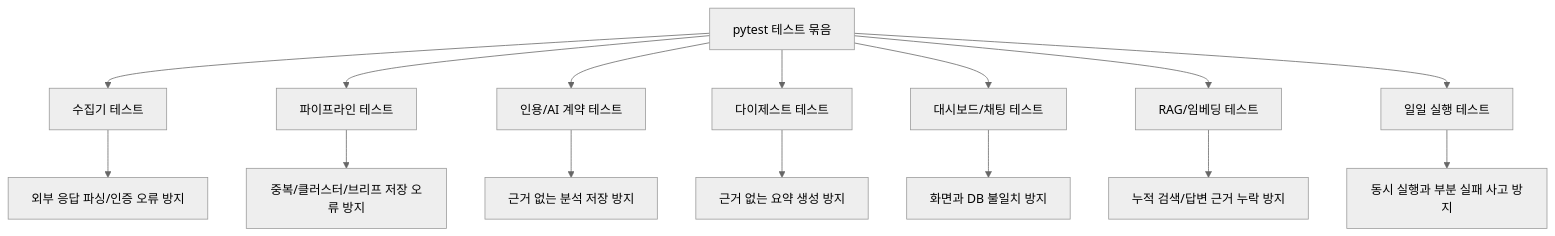
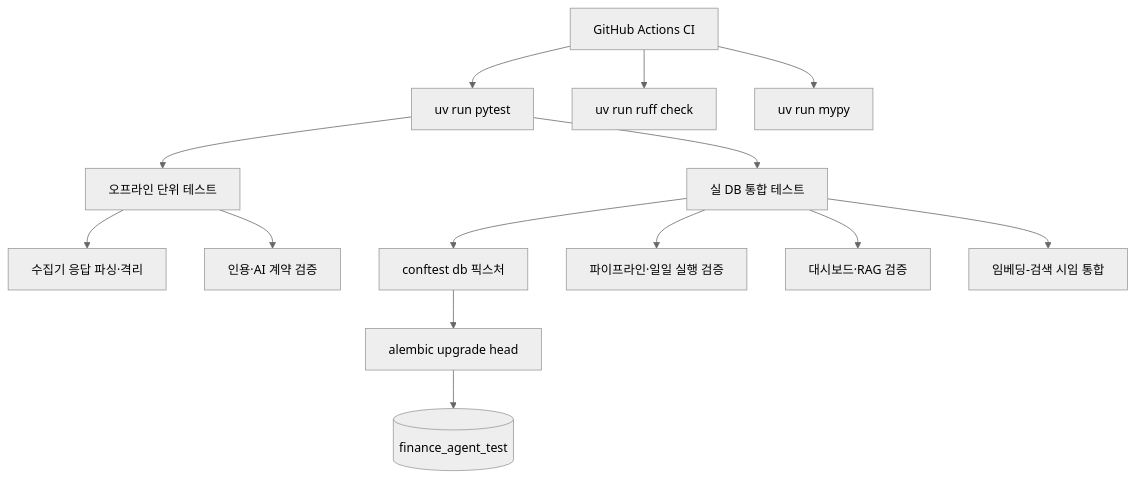
Before and after one commit to SJayKim/finance_agent: the diagram in docs/learnings/08-tests-and-quality-gates.md, drawn with Mermaid (neutral theme). The commit also changed other lines of this file and 10 other files, not shown here.

````diff
--- a/docs/learnings/08-tests-and-quality-gates.md
+++ b/docs/learnings/08-tests-and-quality-gates.md
@@ -21,18 +25,16 @@
 ```mermaid
 flowchart TD
-    Tests[pytest 테스트 묶음] --> Collectors[수집기 테스트]
-    Tests --> Pipeline[파이프라인 테스트]
-    Tests --> Citations[인용/AI 계약 테스트]
-    Tests --> Digest[다이제스트 테스트]
-    Tests --> Web[대시보드/채팅 테스트]
-    Tests --> Rag[RAG/임베딩 테스트]
-    Tests --> Runner[일일 실행 테스트]
-
-    Collectors --> Risk1[외부 응답 파싱/인증 오류 방지]
-    Pipeline --> Risk2[중복/클러스터/브리프 저장 오류 방지]
-    Citations --> Risk3[근거 없는 분석 저장 방지]
-    Digest --> Risk4[근거 없는 요약 생성 방지]
-    Web --> Risk5[화면과 DB 불일치 방지]
-    Rag --> Risk6[누적 검색/답변 근거 누락 방지]
-    Runner --> Risk7[동시 실행과 부분 실패 사고 방지]
+    CI[GitHub Actions CI] --> Pytest[uv run pytest]
+    CI --> Ruff[uv run ruff check]
+    CI --> Mypy[uv run mypy]
+    Pytest --> Unit[오프라인 단위 테스트]
+    Pytest --> Integration[실 DB 통합 테스트]
+    Integration --> Conftest[conftest db 픽스처]
+    Conftest --> Alembic[alembic upgrade head]
+    Alembic --> TestDB[(finance_agent_test)]
+    Unit --> Collectors[수집기 응답 파싱·격리]
+    Unit --> Contracts[인용·AI 계약 검증]
+    Integration --> PipelineT[파이프라인·일일 실행 검증]
+    Integration --> WebT[대시보드·RAG 검증]
+    Integration --> Capstone[임베딩-검색 시임 통합]
 ```
````
